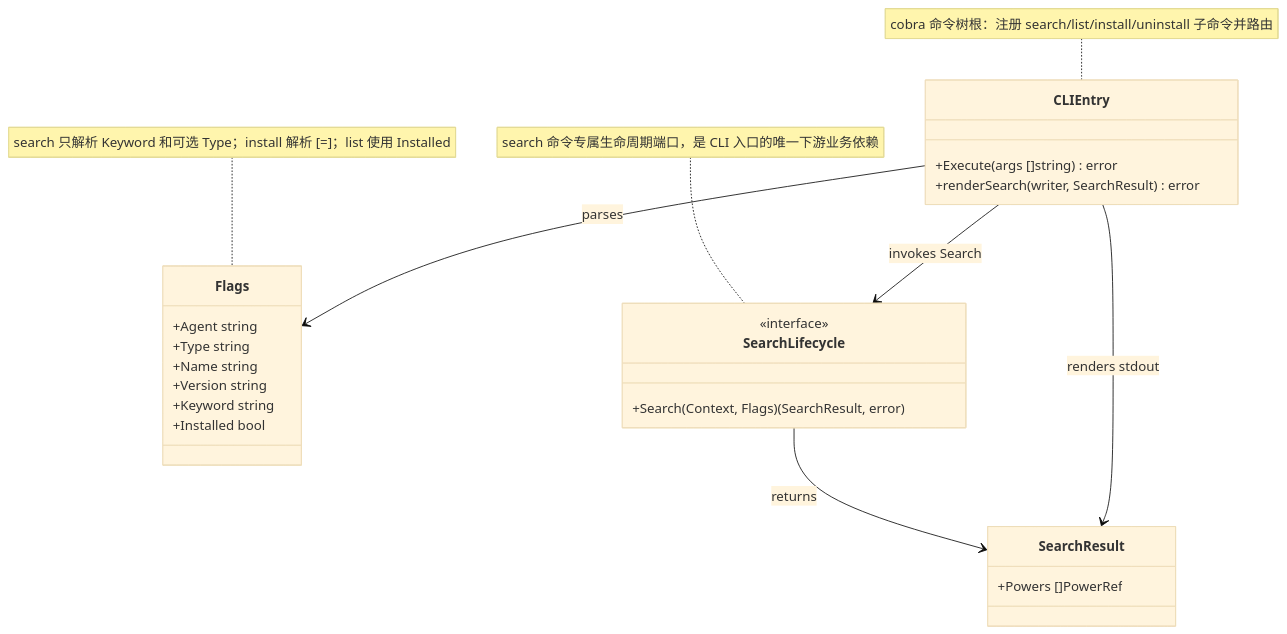
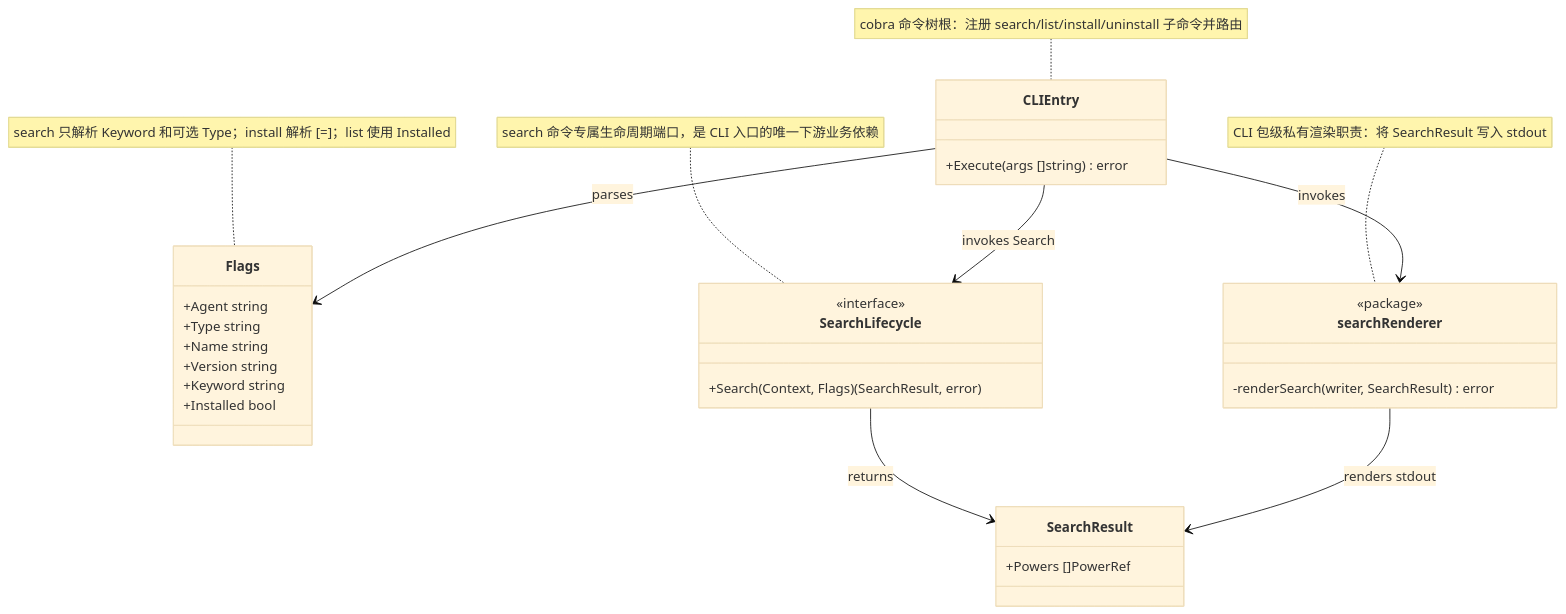
One commit to spacemit-com/agent-power-manager changed the diagram in ivory-tower/c4/components/apm-cli-diagrams/cli-entry.mmd. Above: the diagram before and after it, drawn with Mermaid (base theme). The commit also changed 5 other files, not shown here.

```diff
--- a/ivory-tower/c4/components/apm-cli-diagrams/cli-entry.mmd
+++ b/ivory-tower/c4/components/apm-cli-diagrams/cli-entry.mmd
@@ -1,31 +1,37 @@
 classDiagram
     note for Flags "search 只解析 Keyword 和可选 Type；install 解析 <power>[=<version>]；list 使用 Installed"
     class Flags {
         +Agent string
         +Type string
         +Name string
         +Version string
         +Keyword string
         +Installed bool
     }
 
     class SearchResult {
         +Powers []PowerRef
     }
 
     note for CLIEntry "cobra 命令树根：注册 search/list/install/uninstall 子命令并路由"
     class CLIEntry {
         +Execute(args []string) error
-        +renderSearch(writer, SearchResult) error
+    }
+
+    note for searchRenderer "CLI 包级私有渲染职责：将 SearchResult 写入 stdout"
+    class searchRenderer {
+        <<package>>
+        -renderSearch(writer, SearchResult) error
     }
 
     note for SearchLifecycle "search 命令专属生命周期端口，是 CLI 入口的唯一下游业务依赖"
     class SearchLifecycle {
         <<interface>>
         +Search(Context, Flags) (SearchResult, error)
     }
 
     CLIEntry --> Flags : parses
     CLIEntry --> SearchLifecycle : invokes Search
     SearchLifecycle --> SearchResult : returns
-    CLIEntry --> SearchResult : renders stdout
+    CLIEntry --> searchRenderer : invokes
+    searchRenderer --> SearchResult : renders stdout
```
